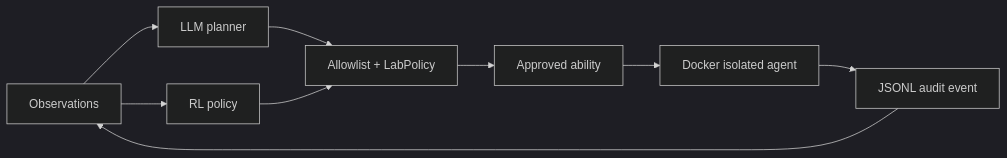
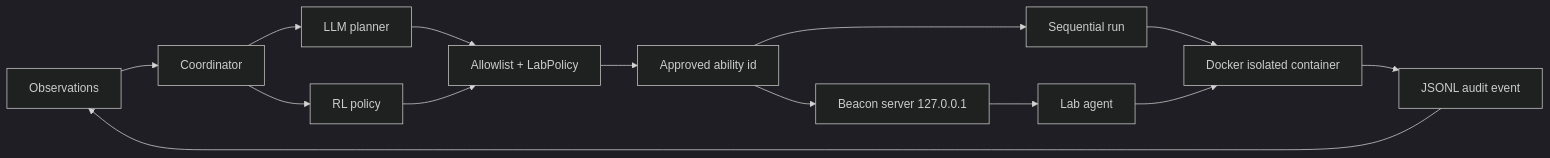
The diagram in README.md (MintKangaroo/Caldera-Lab), drawn with Mermaid (dark theme) before and after one commit. The commit also changed other lines of this file and 8 other files, not shown here.

````diff
--- a/README.md
+++ b/README.md
@@ -35,11 +35,16 @@
 ```mermaid
 flowchart LR
-  O[Observations] --> L[LLM planner]
-  O --> R[RL policy]
+  O[Observations] --> C[Coordinator]
+  C --> L[LLM planner]
+  C --> R[RL policy]
   L --> V[Allowlist + LabPolicy]
   R --> V
-  V --> A[Approved ability]
-  A --> D[Docker isolated agent]
+  V --> A[Approved ability id]
+  A --> S[Sequential run]
+  A --> B[Beacon server 127.0.0.1]
+  B --> G[Lab agent]
+  S --> D[Docker isolated container]
+  G --> D
   D --> E[JSONL audit event]
   E --> O
 ```
````
